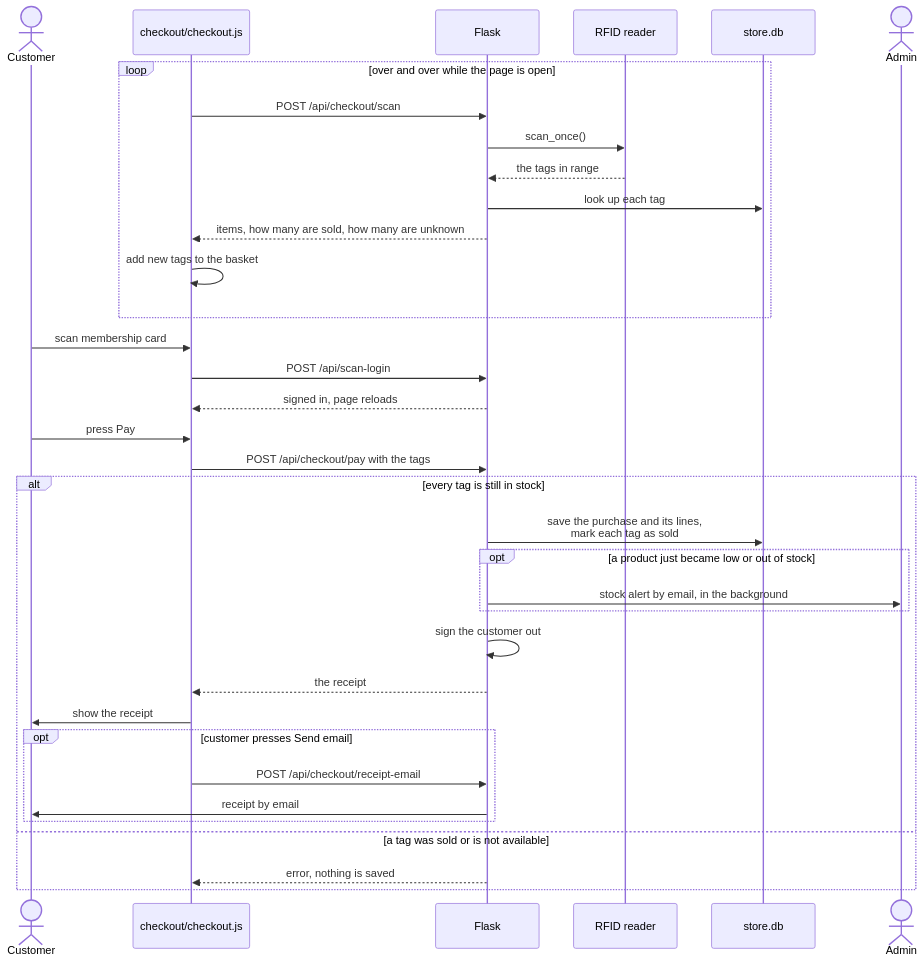
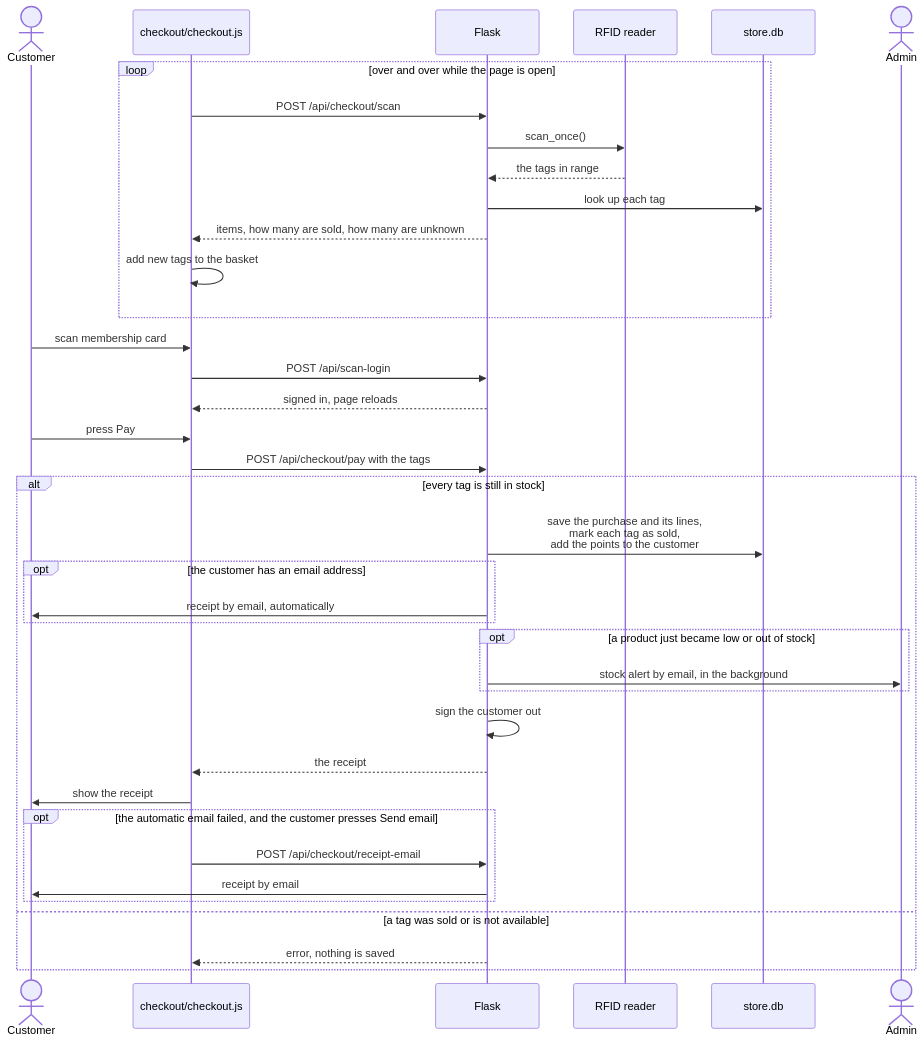
The third of 7 diagrams in docs/architecture.md (gvogas/IoT), drawn with Mermaid before and after one commit. The commit also changed other lines of this file and 11 other files, not shown here.

````diff
--- a/docs/architecture.md
+++ b/docs/architecture.md
@@ -107,40 +107,43 @@
 ```mermaid
 sequenceDiagram
     actor C as Customer
     participant JS as checkout/checkout.js
     participant F as Flask
     participant R as RFID reader
     participant DB as store.db
     actor A as Admin
 
     loop over and over while the page is open
         JS->>F: POST /api/checkout/scan
         F->>R: scan_once()
         R-->>F: the tags in range
         F->>DB: look up each tag
         F-->>JS: items, how many are sold, how many are unknown
         JS->>JS: add new tags to the basket
     end
 
     C->>JS: scan membership card
     JS->>F: POST /api/scan-login
     F-->>JS: signed in, page reloads
 
     C->>JS: press Pay
     JS->>F: POST /api/checkout/pay with the tags
     alt every tag is still in stock
-        F->>DB: save the purchase and its lines,<br/>mark each tag as sold
+        F->>DB: save the purchase and its lines,<br/>mark each tag as sold,<br/>add the points to the customer
+        opt the customer has an email address
+            F->>C: receipt by email, automatically
+        end
         opt a product just became low or out of stock
             F->>A: stock alert by email, in the background
         end
         F->>F: sign the customer out
         F-->>JS: the receipt
         JS->>C: show the receipt
-        opt customer presses Send email
+        opt the automatic email failed, and the customer presses Send email
             JS->>F: POST /api/checkout/receipt-email
             F->>C: receipt by email
         end
     else a tag was sold or is not available
         F-->>JS: error, nothing is saved
     end
 ```
````
